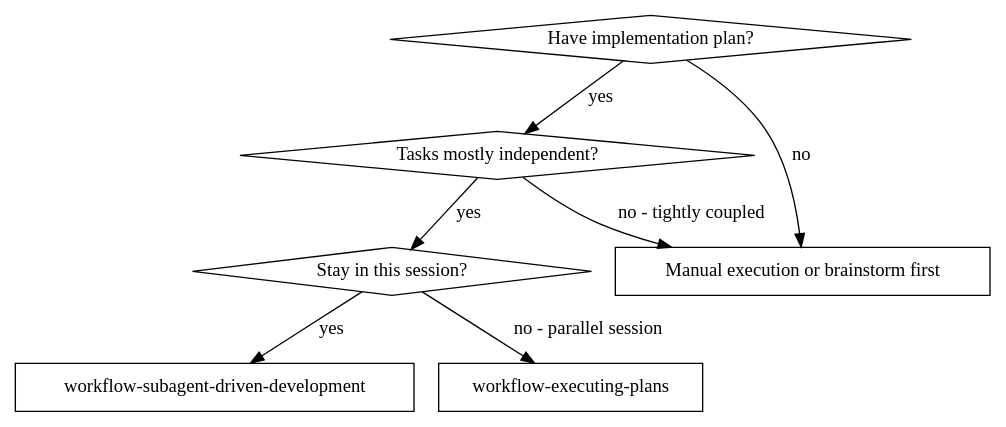
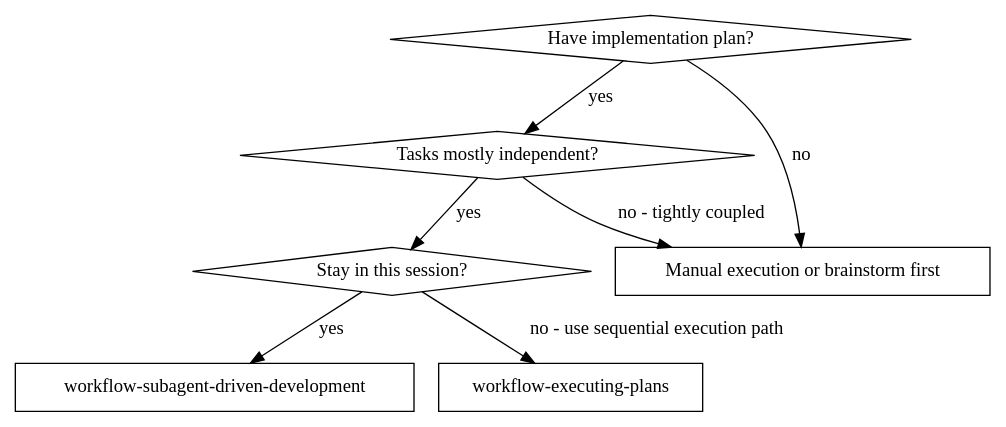
One commit to BryanHoo/workflow changed the first of 2 diagrams in skills/workflow-subagent-driven-development/SKILL.md. Above: the diagram before and after it, drawn with Graphviz. The commit also changed other lines of this file and 8 other files, not shown here.

````diff
--- a/skills/workflow-subagent-driven-development/SKILL.md
+++ b/skills/workflow-subagent-driven-development/SKILL.md
@@ -16,17 +18,17 @@
 ```dot
 digraph when_to_use {
     "Have implementation plan?" [shape=diamond];
     "Tasks mostly independent?" [shape=diamond];
     "Stay in this session?" [shape=diamond];
     "workflow-subagent-driven-development" [shape=box];
     "workflow-executing-plans" [shape=box];
     "Manual execution or brainstorm first" [shape=box];
 
     "Have implementation plan?" -> "Tasks mostly independent?" [label="yes"];
     "Have implementation plan?" -> "Manual execution or brainstorm first" [label="no"];
     "Tasks mostly independent?" -> "Stay in this session?" [label="yes"];
     "Tasks mostly independent?" -> "Manual execution or brainstorm first" [label="no - tightly coupled"];
     "Stay in this session?" -> "workflow-subagent-driven-development" [label="yes"];
-    "Stay in this session?" -> "workflow-executing-plans" [label="no - parallel session"];
+    "Stay in this session?" -> "workflow-executing-plans" [label="no - use sequential execution path"];
 }
 ```
````
